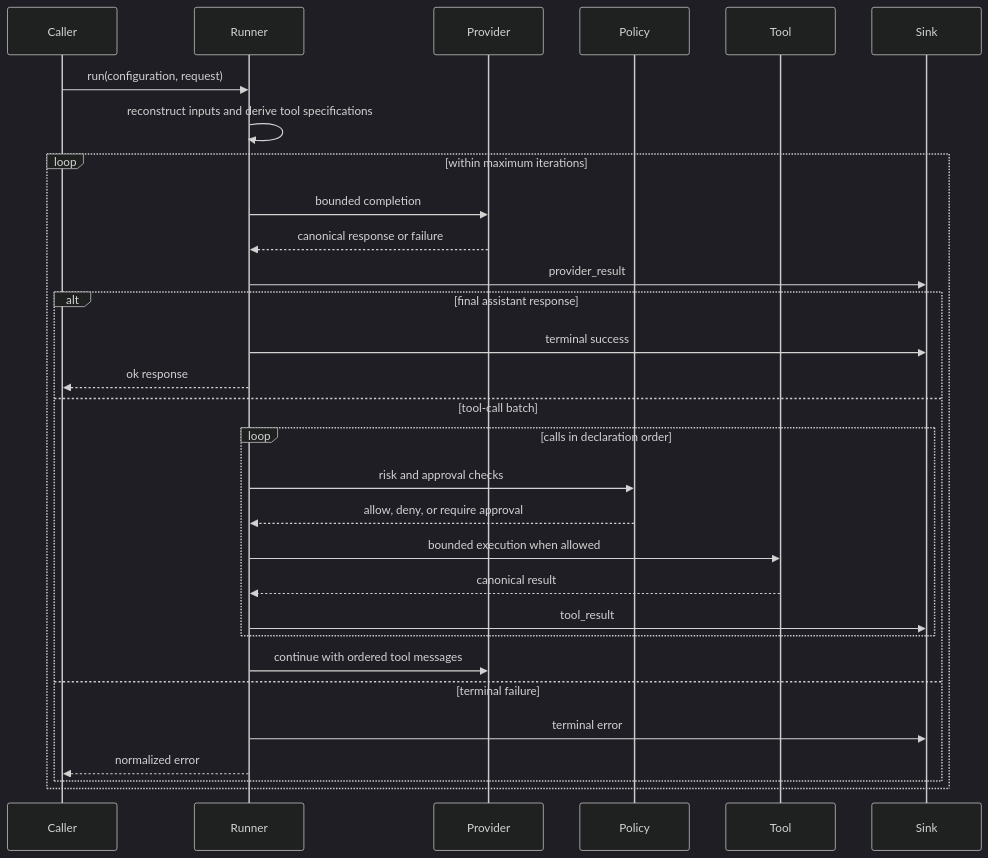
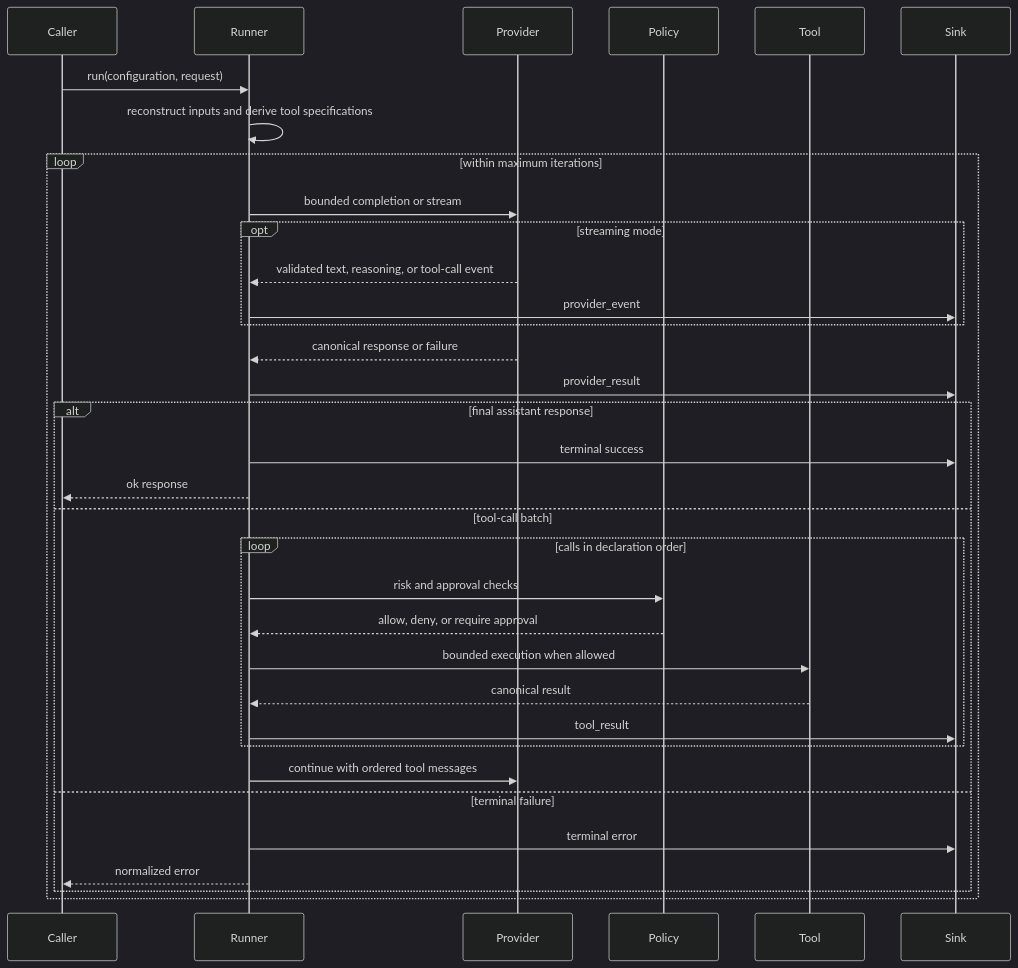
Before and after one commit to ccarvalho-eng/draught: the diagram in docs/runner.md, drawn with Mermaid (dark theme). The commit also changed other lines of this file and 61 other files, not shown here.

````diff
--- a/docs/runner.md
+++ b/docs/runner.md
@@ -55,35 +56,39 @@
 ```mermaid
 sequenceDiagram
   participant Caller
   participant Runner
   participant Provider
   participant Policy
   participant Tool
   participant Sink
 
   Caller->>Runner: run(configuration, request)
   Runner->>Runner: reconstruct inputs and derive tool specifications
 
   loop within maximum iterations
-    Runner->>Provider: bounded completion
+    Runner->>Provider: bounded completion or stream
+    opt streaming mode
+      Provider-->>Runner: validated text, reasoning, or tool-call event
+      Runner->>Sink: provider_event
+    end
     Provider-->>Runner: canonical response or failure
     Runner->>Sink: provider_result
 
     alt final assistant response
       Runner->>Sink: terminal success
       Runner-->>Caller: ok response
     else tool-call batch
       loop calls in declaration order
         Runner->>Policy: risk and approval checks
         Policy-->>Runner: allow, deny, or require approval
         Runner->>Tool: bounded execution when allowed
         Tool-->>Runner: canonical result
         Runner->>Sink: tool_result
       end
       Runner->>Provider: continue with ordered tool messages
     else terminal failure
       Runner->>Sink: terminal error
       Runner-->>Caller: normalized error
     end
   end
 ```
````
